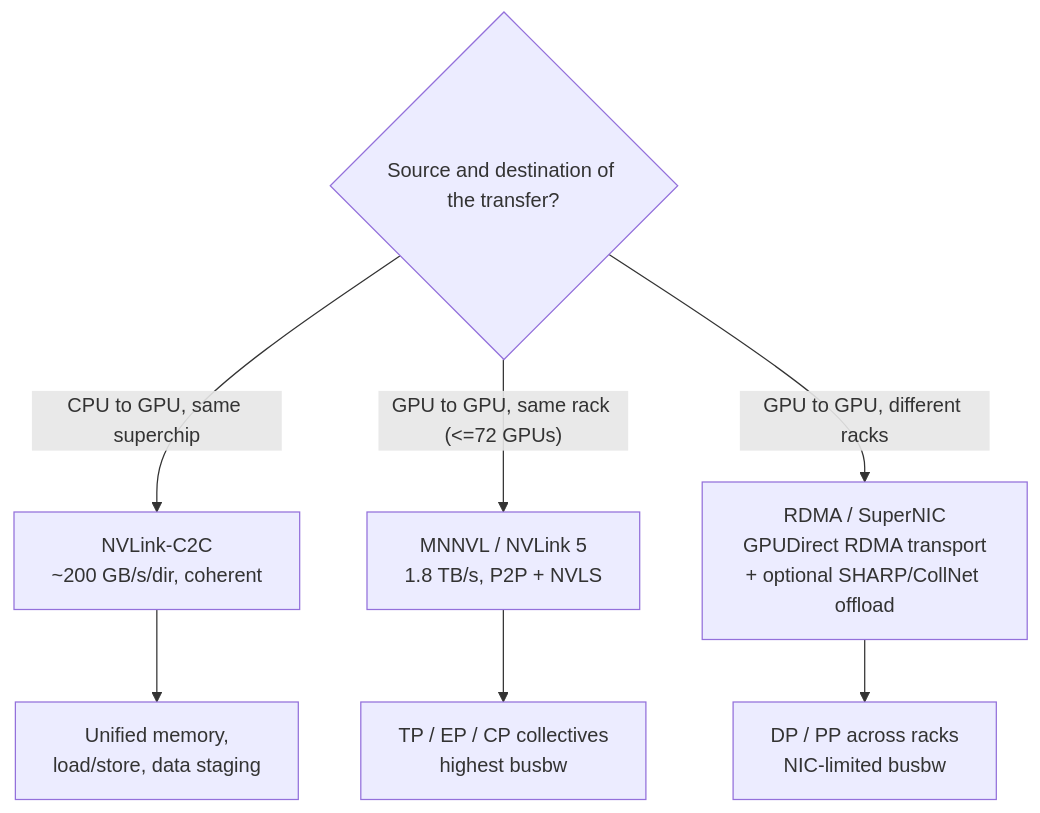
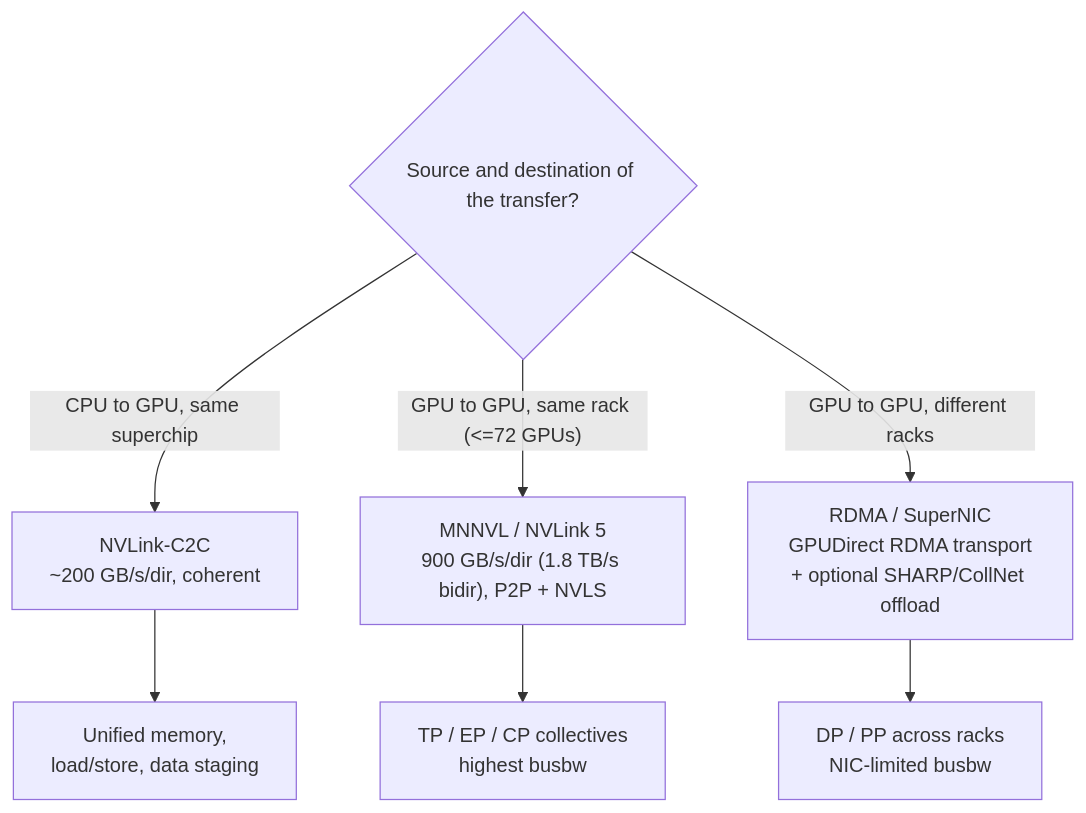
One commit to dfwguy/validation changed the fifth of 11 diagrams in nvl72.md. Above: the diagram before and after it, drawn with Mermaid. The commit also changed other lines of this file, not shown here.

First line of the commit message:
Clarify C2C vs NVLink bandwidth framing and measurement provenance

````diff
--- a/nvl72.md
+++ b/nvl72.md
@@ -385,11 +387,11 @@
 ```mermaid
 flowchart TD
     Q{"Source and destination of the transfer?"}
     Q -->|"CPU to GPU, same superchip"| C2C["NVLink-C2C<br/>~200 GB/s/dir, coherent"]
-    Q -->|"GPU to GPU, same rack (<=72 GPUs)"| NVL["MNNVL / NVLink 5<br/>1.8 TB/s, P2P + NVLS"]
+    Q -->|"GPU to GPU, same rack (<=72 GPUs)"| NVL["MNNVL / NVLink 5<br/>900 GB/s/dir (1.8 TB/s bidir), P2P + NVLS"]
     Q -->|"GPU to GPU, different racks"| RDMA["RDMA / SuperNIC<br/>GPUDirect RDMA transport<br/>+ optional SHARP/CollNet offload"]
 
     C2C --> NOTE1["Unified memory,<br/>load/store, data staging"]
     NVL --> NOTE2["TP / EP / CP collectives<br/>highest busbw"]
     RDMA --> NOTE3["DP / PP across racks<br/>NIC-limited busbw"]
 ```
````
